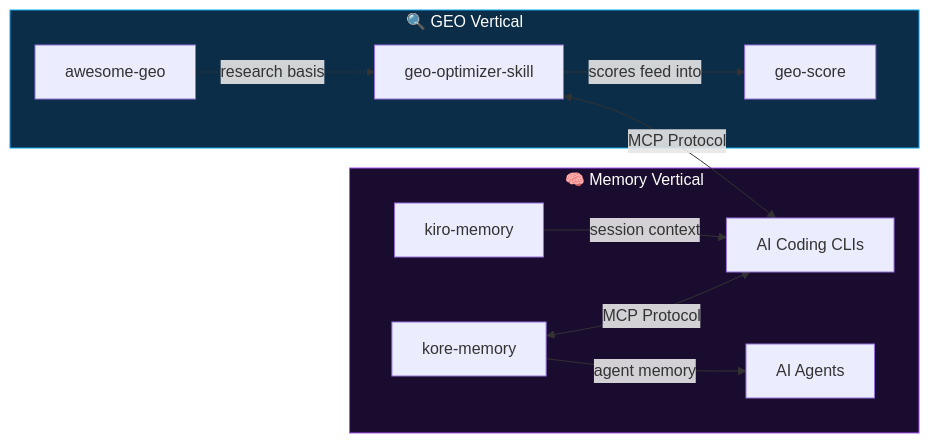
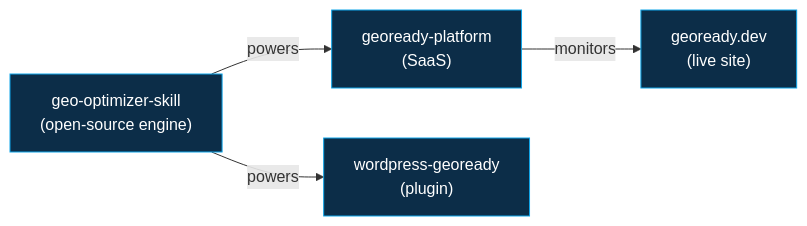
The diagram in profile/README.md (Auriti-Labs/.github), drawn with Mermaid before and after one commit. The commit also changed other lines of this file, not shown here.

Commit message:
docs: single GEO vertical — remove memory projects, add geoready-platform + wordpress-geoready, update mermaid diagram

````diff
--- a/profile/README.md
+++ b/profile/README.md
@@ -160,18 +104,11 @@
 ```mermaid
 graph LR
-    subgraph GEO["🔍 GEO Vertical"]
-        A[geo-optimizer-skill] -->|scores feed into| B[geo-score]
-        C[awesome-geo] -.->|research basis| A
-    end
+    A["geo-optimizer-skill<br/>(open-source engine)"] -->|powers| B["geoready-platform<br/>(SaaS)"]
+    A -->|powers| C["wordpress-geoready<br/>(plugin)"]
+    B -->|monitors| D["geoready.dev<br/>(live site)"]
     
-    subgraph MEM["🧠 Memory Vertical"]
-        D[kiro-memory] -->|session context| E[AI Coding CLIs]
-        F[kore-memory] -->|agent memory| G[AI Agents]
-    end
-    
-    A <-->|MCP Protocol| E
-    F <-->|MCP Protocol| E
-
-    style GEO fill:#0c2d48,stroke:#0ea5e9,color:#fff
-    style MEM fill:#1a0c2e,stroke:#a855f7,color:#fff
+    style A fill:#0c2d48,stroke:#0ea5e9,color:#fff
+    style B fill:#0c2d48,stroke:#0ea5e9,color:#fff
+    style C fill:#0c2d48,stroke:#0ea5e9,color:#fff
+    style D fill:#0c2d48,stroke:#0ea5e9,color:#fff
 ```
````
